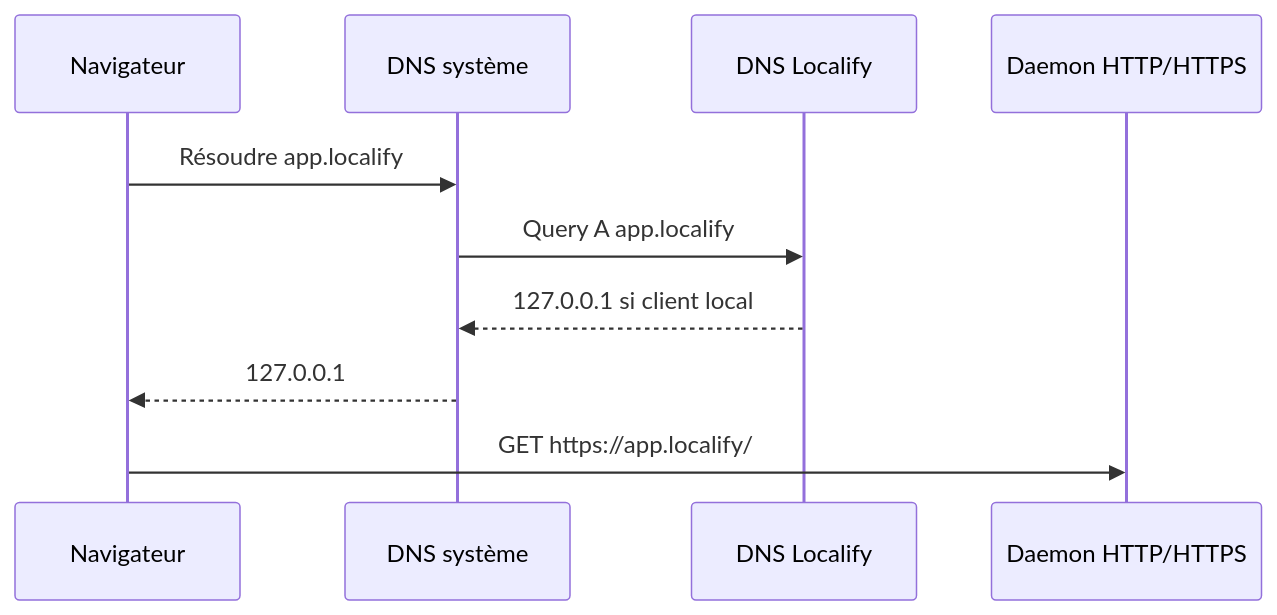
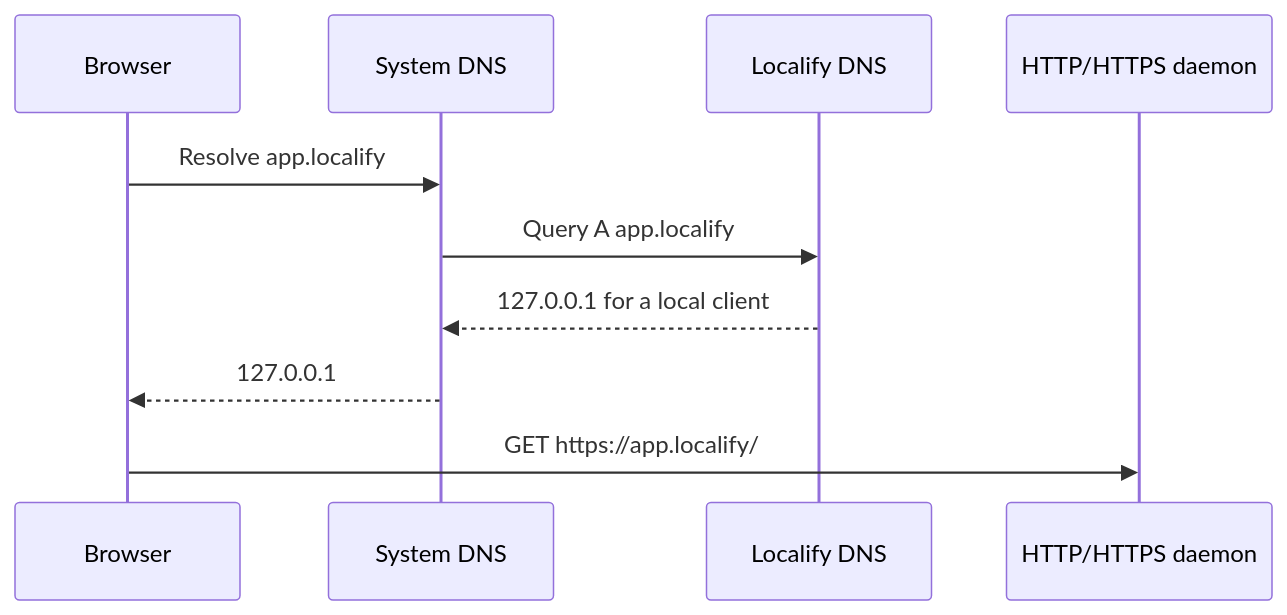
The third of 7 diagrams in docs/localify-technical-overview.md (Synapsr/Localify), drawn with Mermaid before and after one commit. The commit also changed other lines of this file and 5 other files, not shown here.

````diff
--- a/docs/localify-technical-overview.md
+++ b/docs/localify-technical-overview.md
@@ -118,13 +143,13 @@
 ```mermaid
 sequenceDiagram
-  participant B as Navigateur
-  participant OS as DNS système
-  participant LD as DNS Localify
-  participant D as Daemon HTTP/HTTPS
+  participant B as Browser
+  participant OS as System DNS
+  participant LD as Localify DNS
+  participant D as HTTP/HTTPS daemon
 
-  B->>OS: Résoudre app.localify
+  B->>OS: Resolve app.localify
   OS->>LD: Query A app.localify
-  LD-->>OS: 127.0.0.1 si client local
+  LD-->>OS: 127.0.0.1 for a local client
   OS-->>B: 127.0.0.1
   B->>D: GET https://app.localify/
 ```
````
